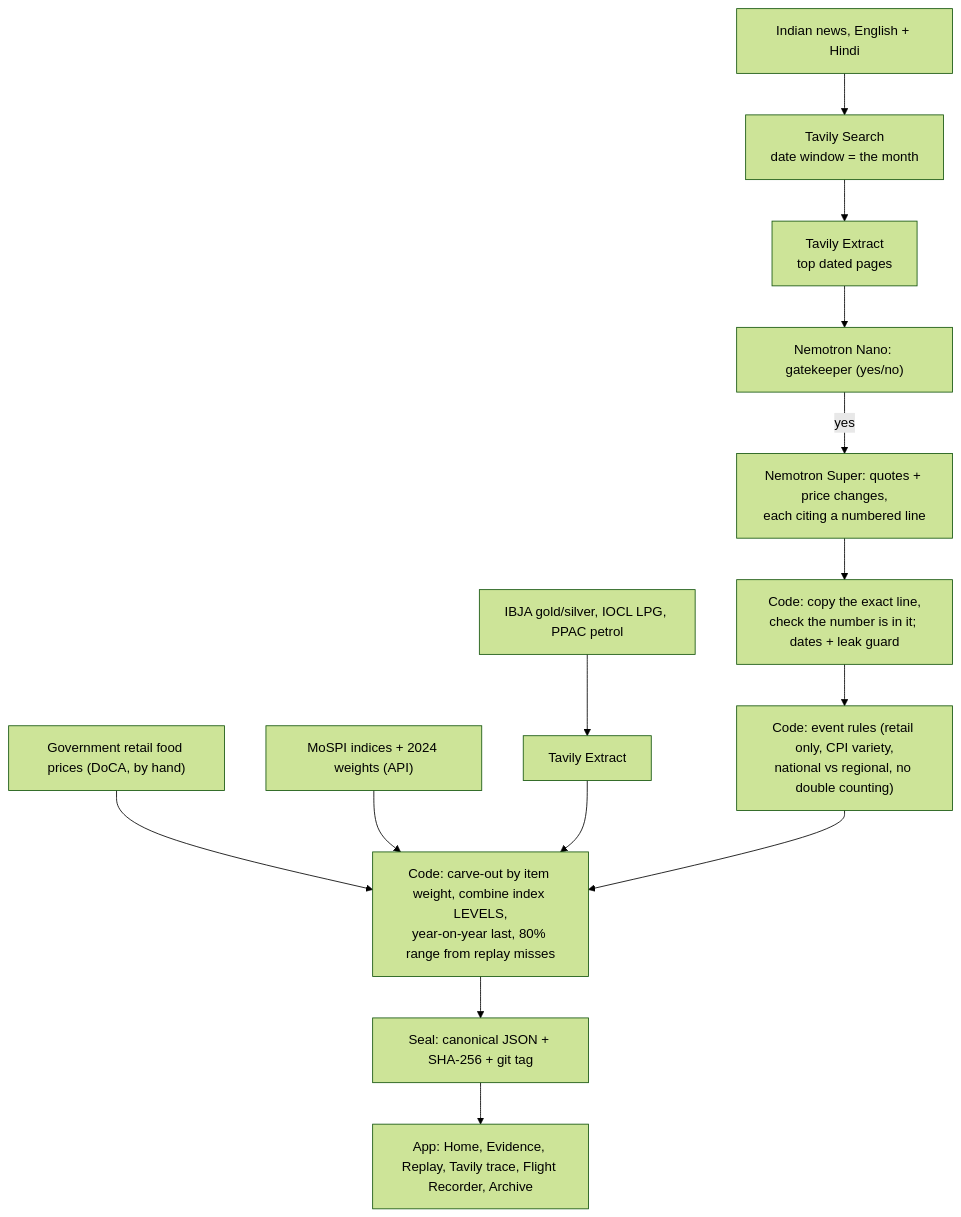
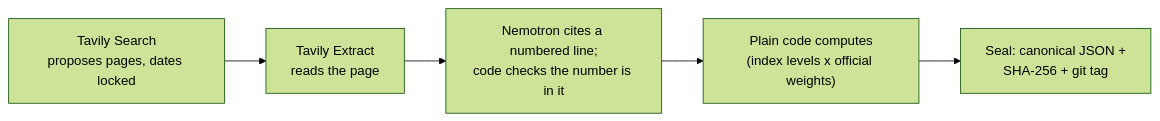
Before and after one commit to bhavikjain026/shadow-cpi: the diagram in README.md, drawn with Mermaid (forest theme). The commit also changed other lines of this file and 6 other files, not shown here.

First line of the commit message:
README + Devpost rewritten around the Tavily story, rendered from number-free templates

````diff
--- a/README.md
+++ b/README.md
@@ -70,16 +88,7 @@
 ```mermaid
-flowchart TD
-    NEWS["Indian news, English + Hindi"] --> S["Tavily Search<br/>date window = the month"]
-    S --> X["Tavily Extract<br/>top dated pages"]
-    OBS["IBJA gold/silver, IOCL LPG, PPAC petrol"] --> X2["Tavily Extract"]
-    X --> G["Nemotron Nano: gatekeeper (yes/no)"]
-    G -- yes --> M["Nemotron Super: quotes + price changes,<br/>each citing a numbered line"]
-    M --> V["Code: copy the exact line,<br/>check the number is in it; dates + leak guard"]
-    V --> R["Code: event rules (retail only, CPI variety,<br/>national vs regional, no double counting)"]
-    FOOD["Government retail food prices (DoCA, by hand)"] --> C
-    MOSPI["MoSPI indices + 2024 weights (API)"] --> C
-    X2 --> C
-    R --> C["Code: carve-out by item weight, combine index LEVELS,<br/>year-on-year last, 80% range from replay misses"]
-    C --> SEAL["Seal: canonical JSON + SHA-256 + git tag"]
-    SEAL --> APP["App: Home, Evidence, Replay, Tavily trace, Flight Recorder, Archive"]
+flowchart LR
+    S["Tavily Search<br/>proposes pages, dates locked"] --> X["Tavily Extract<br/>reads the page"]
+    X --> N["Nemotron cites a numbered line;<br/>code checks the number is in it"]
+    N --> C["Plain code computes<br/>(index levels x official weights)"]
+    C --> SEAL["Seal: canonical JSON +<br/>SHA-256 + git tag"]
 ```
````
